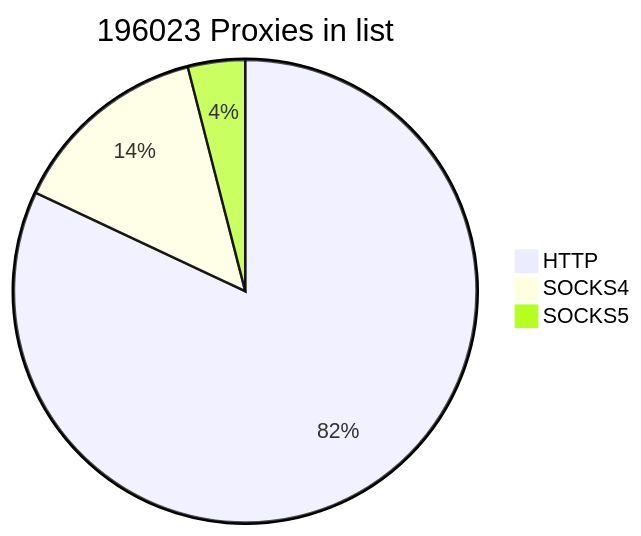
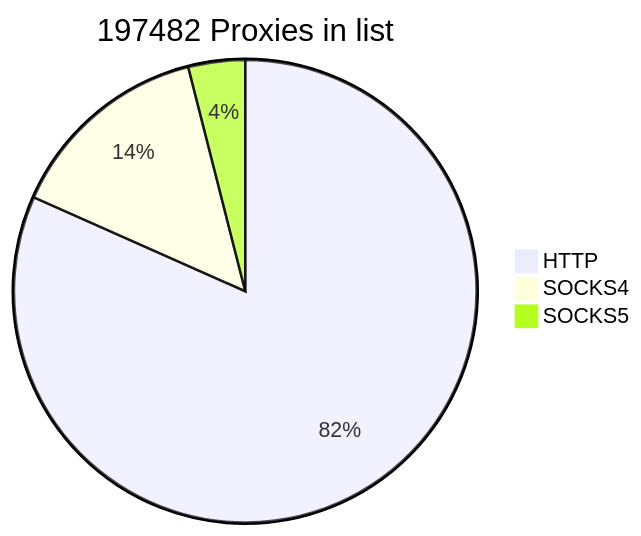
One commit to cutipu/proxylist changed the first of 2 diagrams in README.md. Above: the diagram before and after it, drawn with Mermaid. The commit also changed other lines of this file, not shown here.

````diff
--- a/README.md
+++ b/README.md
@@ -2,7 +2,7 @@
 ```mermaid
-pie title 196023 Proxies in list
-    "HTTP" : 160716
-    "SOCKS4" : 27479
-    "SOCKS5" : 7828
+pie title 197482 Proxies in list
+    "HTTP" : 161241
+    "SOCKS4" : 28412
+    "SOCKS5" : 7829
             
 ```
````
